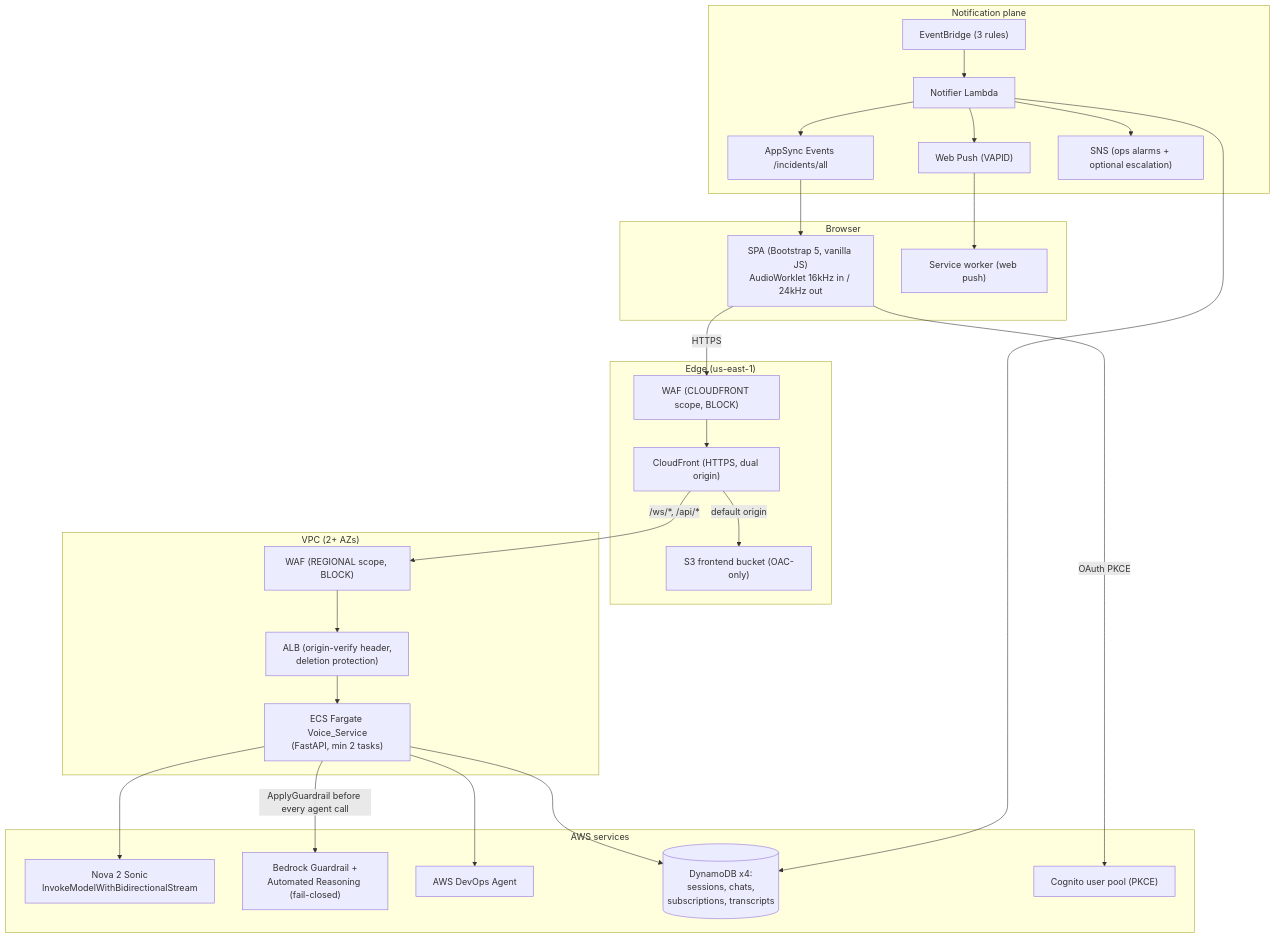
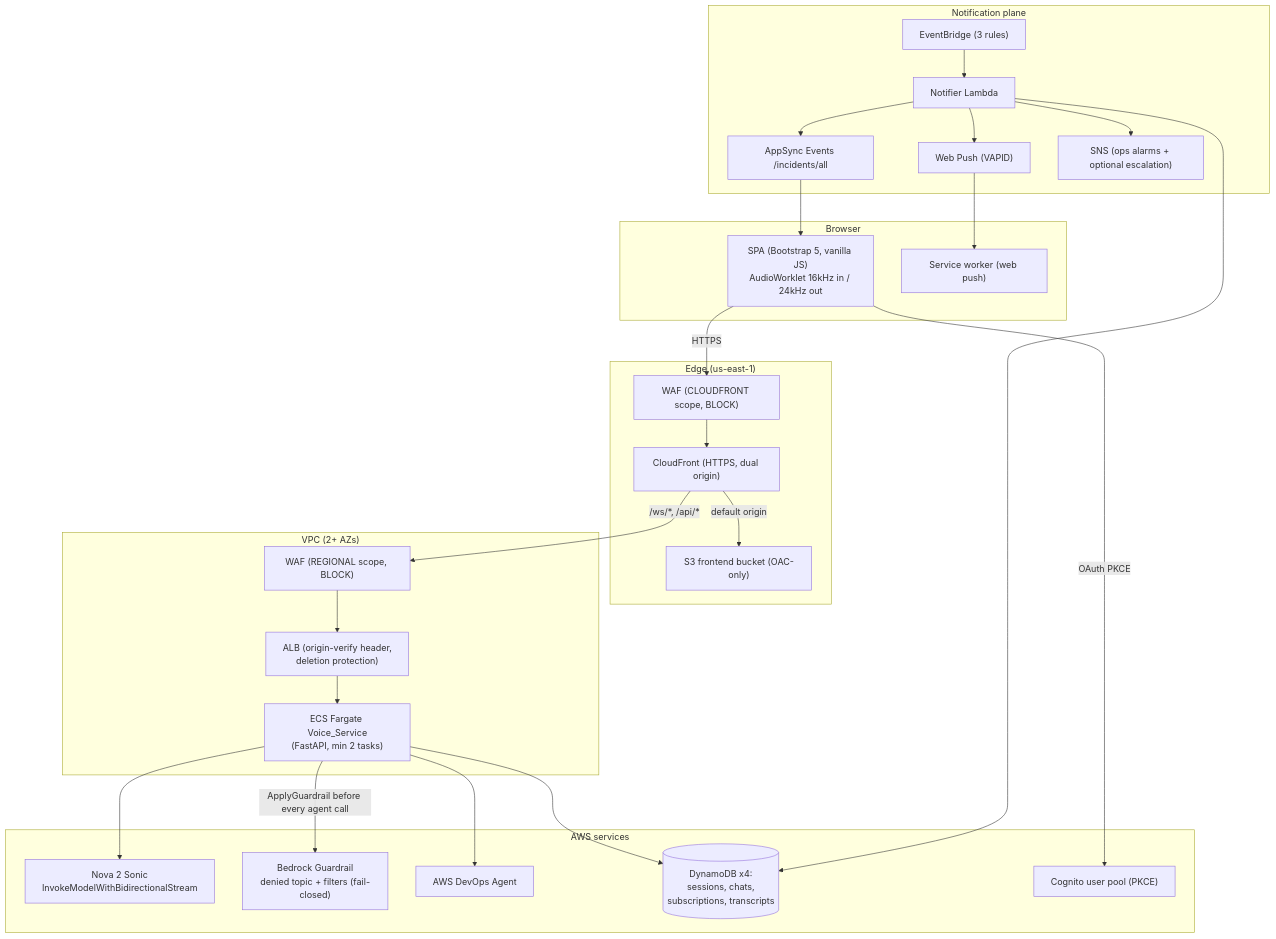
The diagram in README.md (aws-samples/sample-voice-governance-devops-agent-nova-sonic), drawn with Mermaid before and after one commit. The commit also changed other lines of this file and 2 other files, not shown here.

Commit message:
docs: add Agent Space association step, remove Automated Reasoning claims, update model access

````diff
--- a/README.md
+++ b/README.md
@@ -11,49 +11,49 @@
 ```mermaid
 graph TB
     subgraph Browser
         SPA["SPA (Bootstrap 5, vanilla JS)<br/>AudioWorklet 16kHz in / 24kHz out"]
         SW["Service worker (web push)"]
     end
 
     subgraph Edge["Edge (us-east-1)"]
         WAF1["WAF (CLOUDFRONT scope, BLOCK)"]
         CF["CloudFront (HTTPS, dual origin)"]
         S3F["S3 frontend bucket (OAC-only)"]
     end
 
     subgraph VPC["VPC (2+ AZs)"]
         WAF2["WAF (REGIONAL scope, BLOCK)"]
         ALB["ALB (origin-verify header,<br/>deletion protection)"]
         ECS["ECS Fargate Voice_Service<br/>(FastAPI, min 2 tasks)"]
     end
 
     subgraph AWS["AWS services"]
         NS["Nova 2 Sonic<br/>InvokeModelWithBidirectionalStream"]
-        GR["Bedrock Guardrail +<br/>Automated Reasoning (fail-closed)"]
+        GR["Bedrock Guardrail<br/>denied topic + filters (fail-closed)"]
         DA["AWS DevOps Agent"]
         DDB[("DynamoDB x4:<br/>sessions, chats,<br/>subscriptions, transcripts")]
         COG["Cognito user pool (PKCE)"]
     end
 
     subgraph Notif["Notification plane"]
         EB["EventBridge (3 rules)"]
         NL["Notifier Lambda"]
         ASE["AppSync Events /incidents/all"]
         WPS["Web Push (VAPID)"]
         SNS["SNS (ops alarms + optional escalation)"]
     end
 
     SPA -->|HTTPS| WAF1 --> CF
     CF -->|default origin| S3F
     CF -->|"/ws/*, /api/*"| WAF2 --> ALB --> ECS
     ECS --> NS
     ECS -->|ApplyGuardrail before every agent call| GR
     ECS --> DA
     ECS --> DDB
     SPA -->|OAuth PKCE| COG
     EB --> NL
     NL --> ASE --> SPA
     NL --> WPS --> SW
     NL --> SNS
     NL --> DDB
 ```
````
